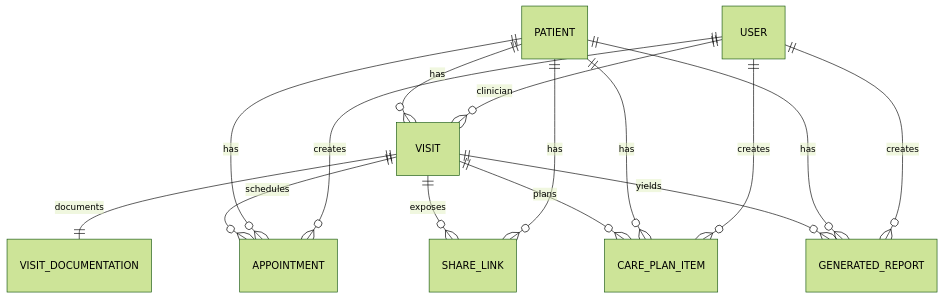
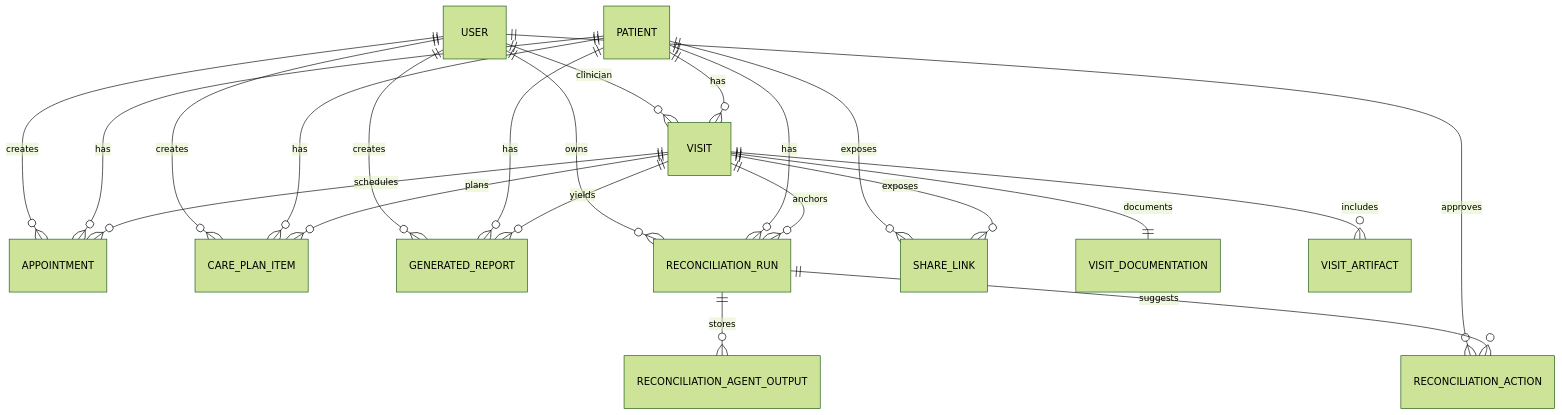
The third of 3 diagrams in AWS_AMAZON_NOVA_INTEGRATION_DEEP_DIVE.md (Manoj7ar/Synth-Hackathon), drawn with Mermaid (forest theme) before and after one commit. The commit also changed other lines of this file and 20 other files, not shown here.

````diff
--- a/AWS_AMAZON_NOVA_INTEGRATION_DEEP_DIVE.md
+++ b/AWS_AMAZON_NOVA_INTEGRATION_DEEP_DIVE.md
@@ -1044,19 +653,27 @@
 ```mermaid
 erDiagram
   USER ||--o{ VISIT : clinician
   USER ||--o{ APPOINTMENT : creates
   USER ||--o{ CARE_PLAN_ITEM : creates
   USER ||--o{ GENERATED_REPORT : creates
+  USER ||--o{ RECONCILIATION_RUN : owns
+  USER ||--o{ RECONCILIATION_ACTION : approves
 
   PATIENT ||--o{ VISIT : has
-  PATIENT ||--o{ SHARE_LINK : has
+  PATIENT ||--o{ SHARE_LINK : exposes
   PATIENT ||--o{ APPOINTMENT : has
   PATIENT ||--o{ CARE_PLAN_ITEM : has
   PATIENT ||--o{ GENERATED_REPORT : has
+  PATIENT ||--o{ RECONCILIATION_RUN : has
 
   VISIT ||--|| VISIT_DOCUMENTATION : documents
+  VISIT ||--o{ VISIT_ARTIFACT : includes
   VISIT ||--o{ SHARE_LINK : exposes
   VISIT ||--o{ APPOINTMENT : schedules
   VISIT ||--o{ CARE_PLAN_ITEM : plans
   VISIT ||--o{ GENERATED_REPORT : yields
+  VISIT ||--o{ RECONCILIATION_RUN : anchors
+
+  RECONCILIATION_RUN ||--o{ RECONCILIATION_AGENT_OUTPUT : stores
+  RECONCILIATION_RUN ||--o{ RECONCILIATION_ACTION : suggests
 ```
````
